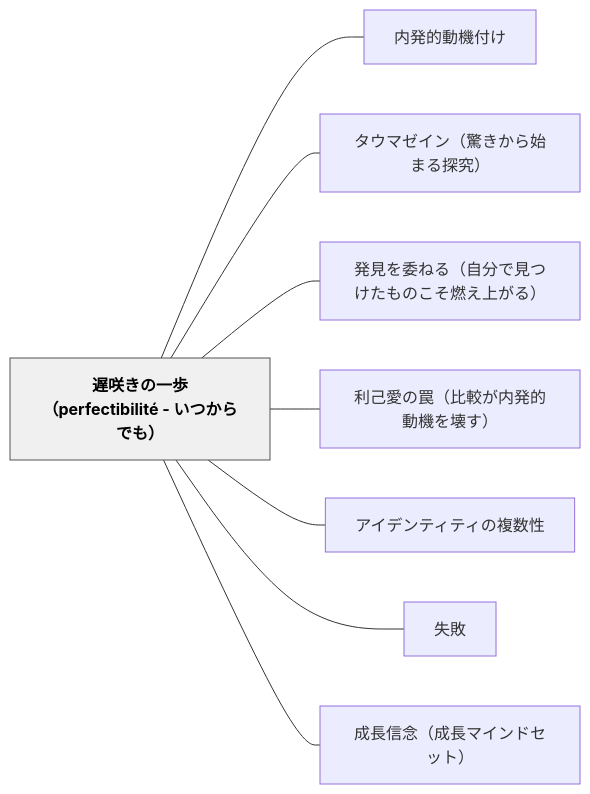
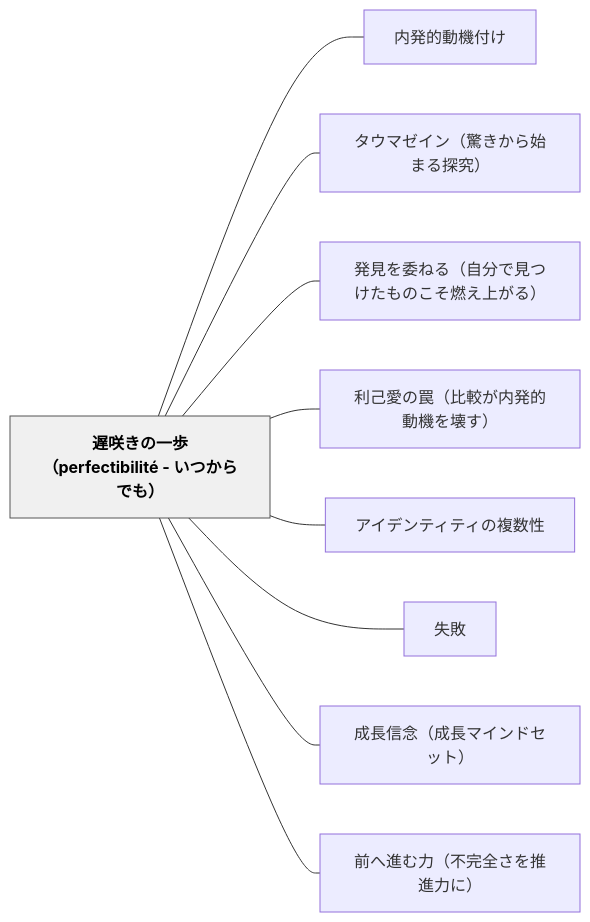
Before and after one commit to unknownthings-ed-patterns/unknownthings-ed-patterns: the diagram in content/パタン/遅咲きの一歩（perfectibilité - いつからでも）.md, drawn with Mermaid. The commit also changed other lines of this file and 7 other files, not shown here.

````diff
--- a/content/パタン/遅咲きの一歩（perfectibilité - いつからでも）.md
+++ b/content/パタン/遅咲きの一歩（perfectibilité - いつからでも）.md
@@ -137,22 +154,24 @@
 ```mermaid
 flowchart LR
     ne98185e592b2e3818de381aee4b880e6ada9efbc88706572666563746962696c6974c3a9202d20e38184e381a4e3818be38289e381a7e38282efbc89["遅咲きの一歩（perfectibilité - いつからでも）"]
     ne58685e799bae79a84e58b95e6a99fe4bb98e38191["内発的動機付け"]
     ne382bfe382a6e3839ee382bce382a4e383b3efbc88e9a99ae3818de3818be38289e5a78be381bee3828be68ea2e7a9b6efbc89["タウマゼイン（驚きから始まる探究）"]
     ne799bae8a68be38292e5a794e381ade3828befbc88e887aae58886e381a7e8a68be381a4e38191e3819fe38282e381aee38193e3819de78783e38188e4b88ae3818ce3828befbc89["発見を委ねる（自分で見つけたものこそ燃え上がる）"]
     ne588a9e5b7b1e6849be381aee7bda0efbc88e6af94e8bc83e3818ce58685e799bae79a84e58b95e6a99fe38292e5a38ae38199efbc89["利己愛の罠（比較が内発的動機を壊す）"]
     ne382a2e382a4e38387e383b3e38386e382a3e38386e382a3e381aee8a487e695b0e680a7["アイデンティティの複数性"]
     ne5a4b1e69597["失敗"]
     ne68890e995b7e4bfa1e5bfb5efbc88e68890e995b7e3839ee382a4e383b3e38389e382bbe38383e38388efbc89["成長信念（成長マインドセット）"]
+    ne5898de381b8e980b2e38280e58a9befbc88e4b88de5ae8ce585a8e38195e38292e68ea8e980b2e58a9be381abefbc89["前へ進む力（不完全さを推進力に）"]
 
     ne98185e592b2e3818de381aee4b880e6ada9efbc88706572666563746962696c6974c3a9202d20e38184e381a4e3818be38289e381a7e38282efbc89 --- ne58685e799bae79a84e58b95e6a99fe4bb98e38191
     ne98185e592b2e3818de381aee4b880e6ada9efbc88706572666563746962696c6974c3a9202d20e38184e381a4e3818be38289e381a7e38282efbc89 --- ne382bfe382a6e3839ee382bce382a4e383b3efbc88e9a99ae3818de3818be38289e5a78be381bee3828be68ea2e7a9b6efbc89
     ne98185e592b2e3818de381aee4b880e6ada9efbc88706572666563746962696c6974c3a9202d20e38184e381a4e3818be38289e381a7e38282efbc89 --- ne799bae8a68be38292e5a794e381ade3828befbc88e887aae58886e381a7e8a68be381a4e38191e3819fe38282e381aee38193e3819de78783e38188e4b88ae3818ce3828befbc89
     ne98185e592b2e3818de381aee4b880e6ada9efbc88706572666563746962696c6974c3a9202d20e38184e381a4e3818be38289e381a7e38282efbc89 --- ne588a9e5b7b1e6849be381aee7bda0efbc88e6af94e8bc83e3818ce58685e799bae79a84e58b95e6a99fe38292e5a38ae38199efbc89
     ne98185e592b2e3818de381aee4b880e6ada9efbc88706572666563746962696c6974c3a9202d20e38184e381a4e3818be38289e381a7e38282efbc89 --- ne382a2e382a4e38387e383b3e38386e382a3e38386e382a3e381aee8a487e695b0e680a7
     ne98185e592b2e3818de381aee4b880e6ada9efbc88706572666563746962696c6974c3a9202d20e38184e381a4e3818be38289e381a7e38282efbc89 --- ne5a4b1e69597
     ne98185e592b2e3818de381aee4b880e6ada9efbc88706572666563746962696c6974c3a9202d20e38184e381a4e3818be38289e381a7e38282efbc89 --- ne68890e995b7e4bfa1e5bfb5efbc88e68890e995b7e3839ee382a4e383b3e38389e382bbe38383e38388efbc89
+    ne98185e592b2e3818de381aee4b880e6ada9efbc88706572666563746962696c6974c3a9202d20e38184e381a4e3818be38289e381a7e38282efbc89 --- ne5898de381b8e980b2e38280e58a9befbc88e4b88de5ae8ce585a8e38195e38292e68ea8e980b2e58a9be381abefbc89
 
     classDef hub fill:#f0f0f0,stroke:#555,color:#000,font-weight:bold
     class ne98185e592b2e3818de381aee4b880e6ada9efbc88706572666563746962696c6974c3a9202d20e38184e381a4e3818be38289e381a7e38282efbc89 hub
 ```
````
